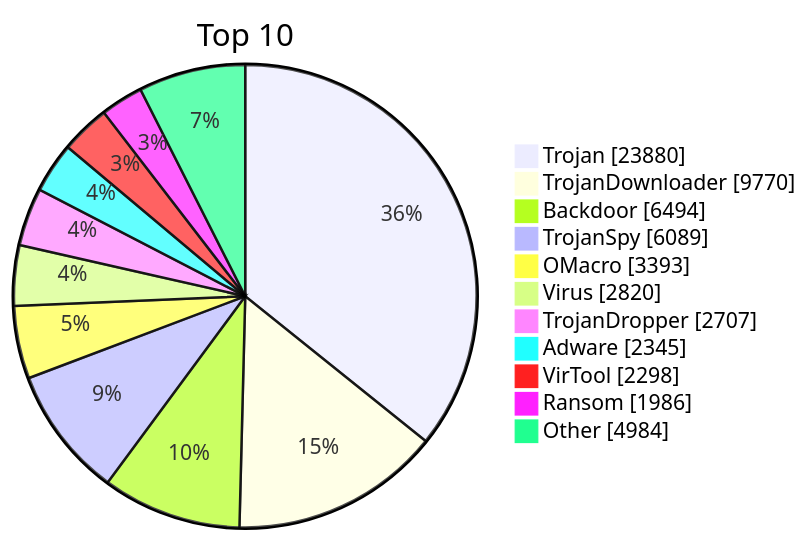
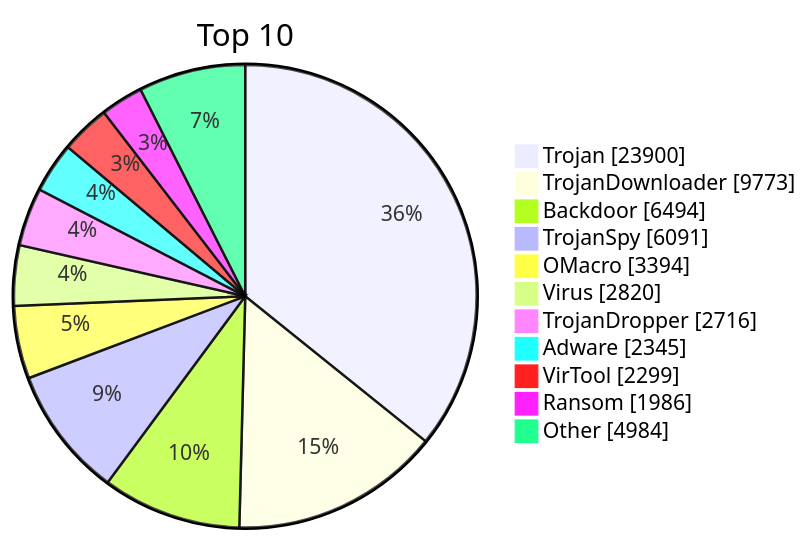
The diagram in README.md (JerryLinLinLin/huorong-virdb-changelog), drawn with Mermaid before and after one commit. The commit also changed other lines of this file and 14 other files, not shown here.

````diff
--- a/README.md
+++ b/README.md
@@ -19,15 +19,15 @@
 ```mermaid
 pie showData
     title Top 10
-    "Trojan" : 23880
-    "TrojanDownloader" : 9770
+    "Trojan" : 23900
+    "TrojanDownloader" : 9773
     "Backdoor" : 6494
-    "TrojanSpy" : 6089
-    "OMacro" : 3393
+    "TrojanSpy" : 6091
+    "OMacro" : 3394
     "Virus" : 2820
-    "TrojanDropper" : 2707
+    "TrojanDropper" : 2716
     "Adware" : 2345
-    "VirTool" : 2298
+    "VirTool" : 2299
     "Ransom" : 1986
     "Other" : 4984
 ```
````
